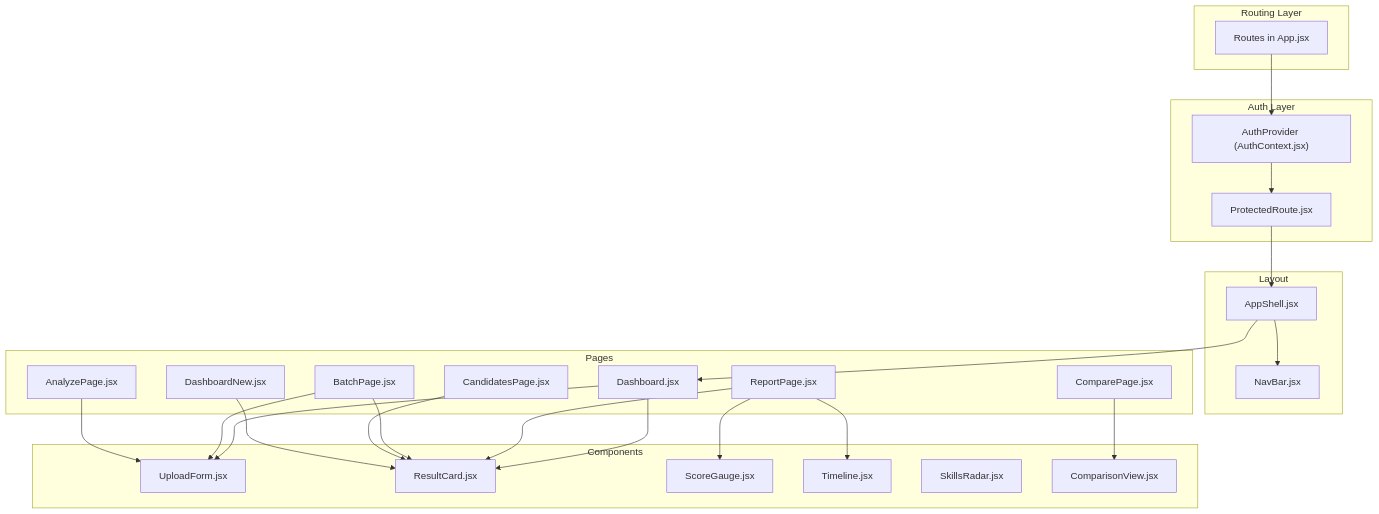
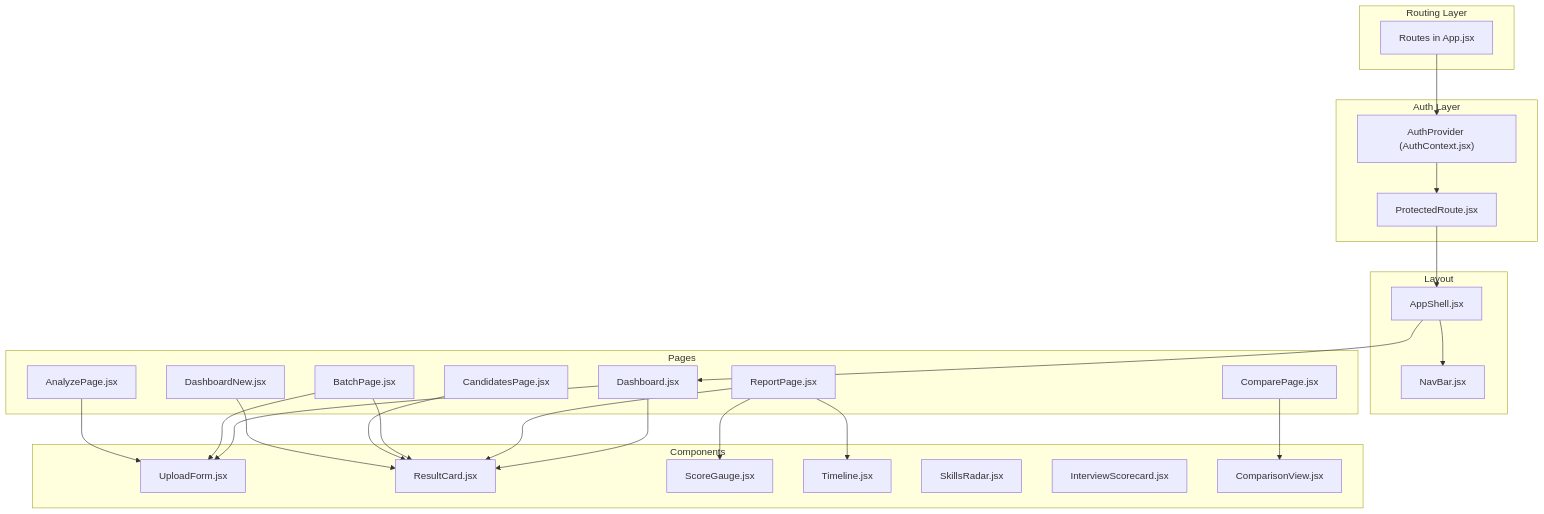
One commit to Revanththetalogics/aireume changed the first of 7 diagrams in .qoder/repowiki/en/content/Frontend Architecture/Component Library/Component Library.md. Above: the diagram before and after it, drawn with Mermaid. The commit also changed other lines of this file and 6 other files, not shown here.

````diff
--- a/.qoder/repowiki/en/content/Frontend Architecture/Component Library/Component Library.md
+++ b/.qoder/repowiki/en/content/Frontend Architecture/Component Library/Component Library.md
@@ -59,47 +60,48 @@
 ```mermaid
 graph TB
 subgraph "Routing Layer"
 Routes["Routes in App.jsx"]
 end
 subgraph "Auth Layer"
 AuthProvider["AuthProvider (AuthContext.jsx)"]
 ProtectedRoute["ProtectedRoute.jsx"]
 end
 subgraph "Layout"
 AppShell["AppShell.jsx"]
 NavBar["NavBar.jsx"]
 end
 subgraph "Pages"
 Dashboard["Dashboard.jsx"]
 ReportPage["ReportPage.jsx"]
 BatchPage["BatchPage.jsx"]
 AnalyzePage["AnalyzePage.jsx"]
 CandidatesPage["CandidatesPage.jsx"]
 ComparePage["ComparePage.jsx"]
 DashboardNew["DashboardNew.jsx"]
 end
 subgraph "Components"
 UploadForm["UploadForm.jsx"]
 ResultCard["ResultCard.jsx"]
 ScoreGauge["ScoreGauge.jsx"]
 Timeline["Timeline.jsx"]
 SkillsRadar["SkillsRadar.jsx"]
+InterviewScorecard["InterviewScorecard.jsx"]
 ComparisonView["ComparisonView.jsx"]
 end
 Routes --> AuthProvider
 AuthProvider --> ProtectedRoute
 ProtectedRoute --> AppShell
 AppShell --> NavBar
 AppShell --> Dashboard
 Dashboard --> UploadForm
 Dashboard --> ResultCard
 ReportPage --> ResultCard
 BatchPage --> UploadForm
 BatchPage --> ResultCard
 AnalyzePage --> UploadForm
 ReportPage --> Timeline
 ReportPage --> ScoreGauge
 CandidatesPage --> ResultCard
 ComparePage --> ComparisonView
 DashboardNew --> ResultCard
 ```
````
